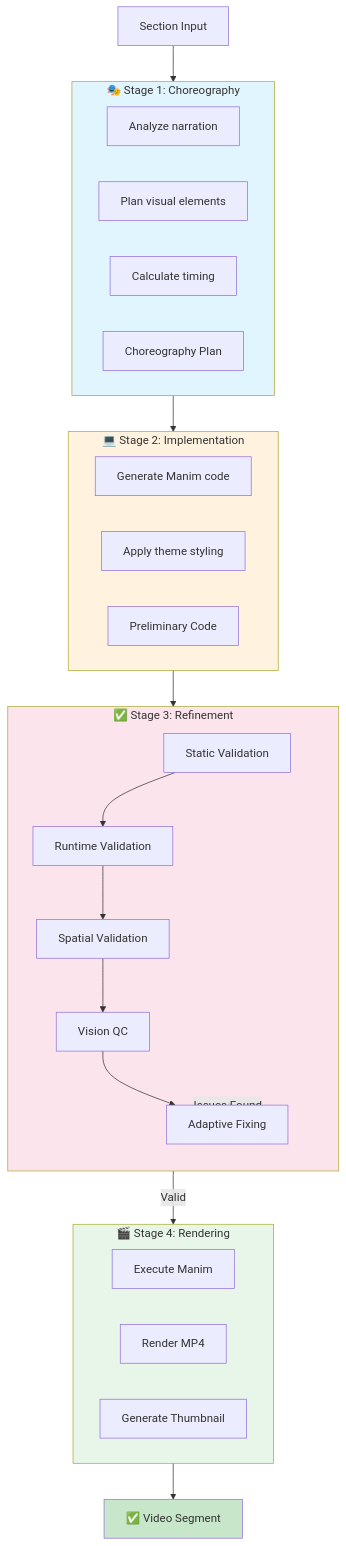
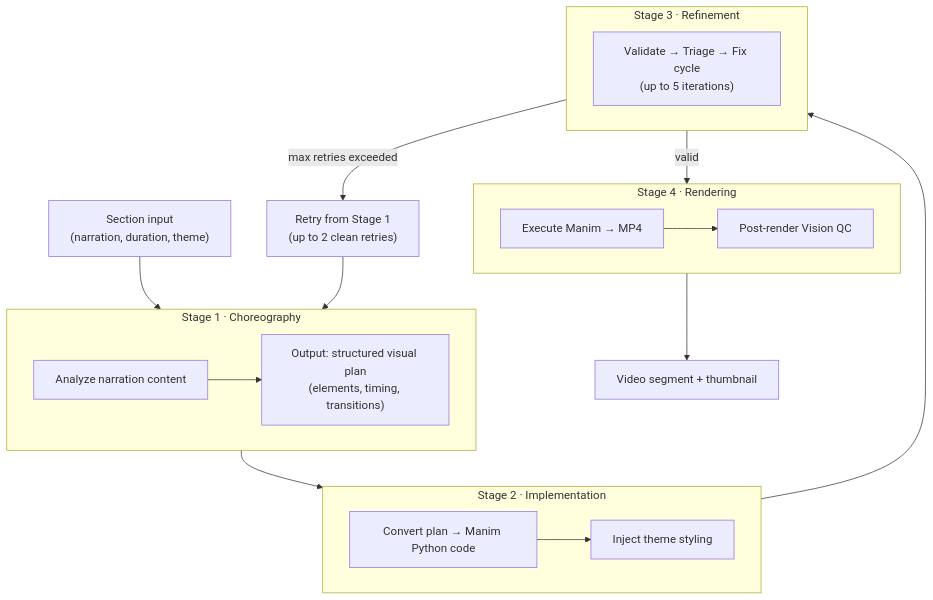
Before and after one commit to bareyan/EduViz: the second of 4 diagrams in PIPELINE.md, drawn with Mermaid. The commit also changed other lines of this file and 1 other file, not shown here.

````diff
--- a/PIPELINE.md
+++ b/PIPELINE.md
@@ -117,51 +65,34 @@
 ```mermaid
 flowchart TD
-    Start[Section Input]
-    
-    subgraph Stage1["🎭 Stage 1: Choreography"]
-        Analyze[Analyze narration]
-        Plan[Plan visual elements]
-        Timing[Calculate timing]
-        ChoreoPlan[Choreography Plan]
+    Section["Section input\n(narration, duration, theme)"]
+
+    subgraph Choreo["Stage 1 · Choreography"]
+        ChoreoIn["Analyze narration content"]
+        ChoreoOut["Output: structured visual plan\n(elements, timing, transitions)"]
+        ChoreoIn --> ChoreoOut
     end
-    
-    subgraph Stage2["💻 Stage 2: Implementation"]
-        Generate[Generate Manim code]
-        ApplyTheme[Apply theme styling]
-        CodeOut[Preliminary Code]
+
+    subgraph Impl["Stage 2 · Implementation"]
+        ImplIn["Convert plan → Manim Python code"]
+        ImplTheme["Inject theme styling"]
+        ImplIn --> ImplTheme
     end
-    
-    subgraph Stage3["✅ Stage 3: Refinement"]
-        direction TB
-        Static[Static Validation]
-        Runtime[Runtime Validation]
-        Spatial[Spatial Validation]
-        Vision[Vision QC]
-        Fix[Adaptive Fixing]
-        
-        Static --> Runtime
-        Runtime --> Spatial
-        Spatial --> Vision
-        Vision --> Fix
+
+    subgraph Refine["Stage 3 · Refinement"]
+        Loop["Validate → Triage → Fix cycle\n(up to 5 iterations)"]
     end
-    
-    subgraph Stage4["🎬 Stage 4: Rendering"]
-        Execute[Execute Manim]
-        RenderVideo[Render MP4]
-        Thumbnail[Generate Thumbnail]
+
+    subgraph Render["Stage 4 · Rendering"]
+        Exec["Execute Manim → MP4"]
+        VisionPost["Post-render Vision QC"]
+        Exec --> VisionPost
     end
-    
-    Start --> Stage1
-    Stage1 --> Stage2
-    Stage2 --> Stage3
-    Stage3 --> |Valid| Stage4
-    Stage3 --> |Issues Found| Fix
-    Fix --> Stage3
-    Stage4 --> Done[✅ Video Segment]
-    
-    style Stage1 fill:#e1f5fe
-    style Stage2 fill:#fff3e0
-    style Stage3 fill:#fce4ec
-    style Stage4 fill:#e8f5e9
-    style Done fill:#c8e6c9
+
+    Section --> Choreo
+    Choreo --> Impl
+    Impl --> Refine
+    Refine -->|valid| Render
+    Refine -->|max retries exceeded| Retry["Retry from Stage 1\n(up to 2 clean retries)"]
+    Retry --> Choreo
+    Render --> Done["Video segment + thumbnail"]
 ```
````
